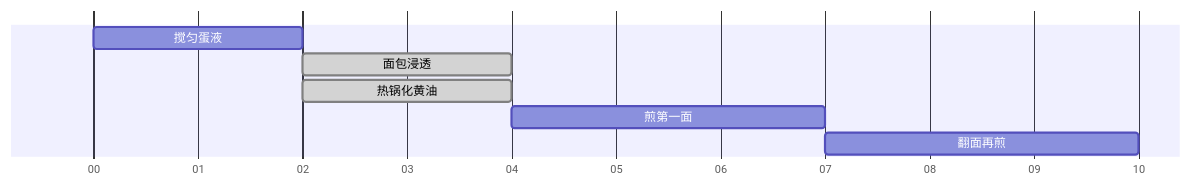
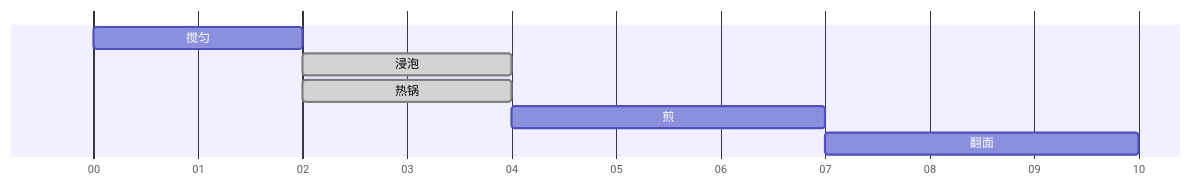
The diagram in recipes/breakfast/protein-french-toast.md (kangaroologist-ai/recipes), drawn with Mermaid before and after one commit. The commit also changed other lines of this file and 16 other files, not shown here.

First line of the commit message:
One-verb steps, timeline-like sub-columns, recipe-card frame

````diff
--- a/recipes/breakfast/protein-french-toast.md
+++ b/recipes/breakfast/protein-french-toast.md
@@ -11,11 +11,11 @@
 ```mermaid
 gantt
 dateFormat mm
 axisFormat %M
 todayMarker off
-  搅匀蛋液 :wet, 00, 2m
-  面包浸透 :done, soak, 02, 2m
-  热锅化黄油 :done, heat, 02, 2m
-  煎第一面 :fry, 04, 3m
-  翻面再煎 :flip, 07, 3m
+  搅匀 :wet, 00, 2m
+  浸泡 :done, soak, 02, 2m
+  热锅 :done, heat, 02, 2m
+  煎 :fry, 04, 3m
+  翻面 :flip, 07, 3m
 ```
````
